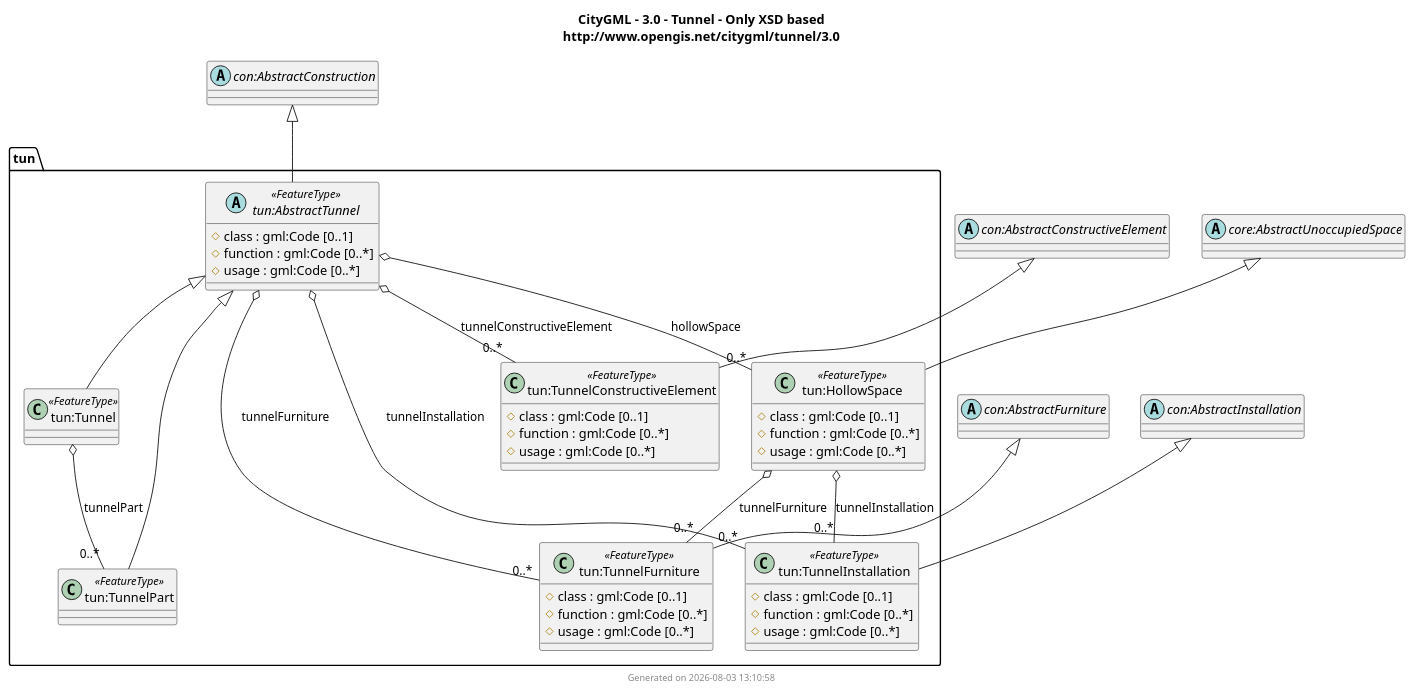
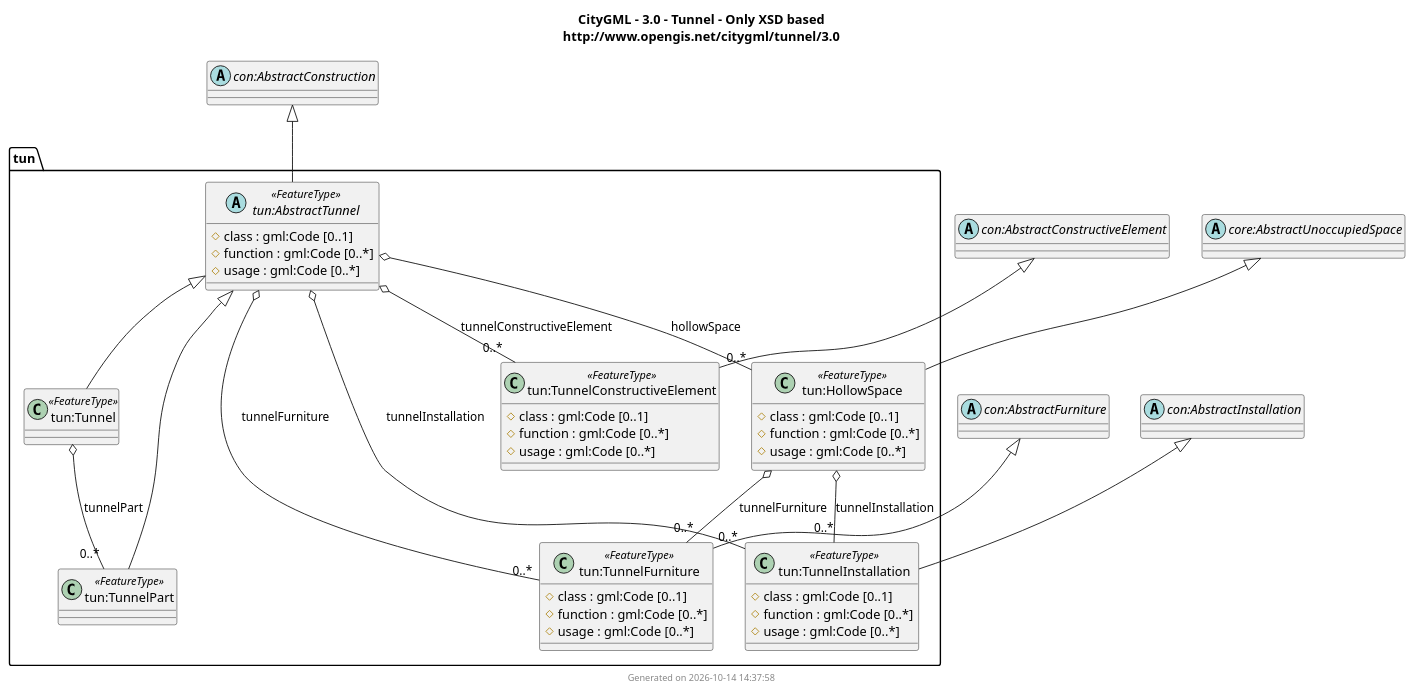
Before and after one commit to muratkendir/every-class: the diagram in docs/output/CityGML/3.0/UMLClassDiagram/tunnel.puml, drawn with PlantUML. The commit also changed 39 other files, not shown here.

First line of the commit message:
Add xAL 3.0 suite, PlantUML namespace-safe aliases, inlined combined diagrams, and step 10 compilations

```diff
--- a/docs/output/CityGML/3.0/UMLClassDiagram/tunnel.puml
+++ b/docs/output/CityGML/3.0/UMLClassDiagram/tunnel.puml
@@ -1,137 +1,137 @@
 @startuml
 title
   CityGML - 3.0 - Tunnel - Only XSD based
   http://www.opengis.net/citygml/tunnel/3.0
 end title
 
 package tun {
-abstract class "tun:ADEOfAbstractTunnel" $adeOf
-class "tun:ADEOfAbstractTunnelProperty" $property $adeOf {
+abstract class "tun:ADEOfAbstractTunnel" as tun_ADEOfAbstractTunnel $adeOf
+class "tun:ADEOfAbstractTunnelProperty" as tun_ADEOfAbstractTunnelProperty $property $adeOf {
   ADEOfAbstractTunnel : tun:ADEOfAbstractTunnel
 }
-abstract class "tun:ADEOfHollowSpace" $adeOf
-class "tun:ADEOfHollowSpaceProperty" $property $adeOf {
+abstract class "tun:ADEOfHollowSpace" as tun_ADEOfHollowSpace $adeOf
+class "tun:ADEOfHollowSpaceProperty" as tun_ADEOfHollowSpaceProperty $property $adeOf {
   ADEOfHollowSpace : tun:ADEOfHollowSpace
 }
-abstract class "tun:ADEOfTunnel" $adeOf
-class "tun:ADEOfTunnelProperty" $property $adeOf {
+abstract class "tun:ADEOfTunnel" as tun_ADEOfTunnel $adeOf
+class "tun:ADEOfTunnelProperty" as tun_ADEOfTunnelProperty $property $adeOf {
   ADEOfTunnel : tun:ADEOfTunnel
 }
-abstract class "tun:ADEOfTunnelConstructiveElement" $adeOf
-class "tun:ADEOfTunnelConstructiveElementProperty" $property $adeOf {
+abstract class "tun:ADEOfTunnelConstructiveElement" as tun_ADEOfTunnelConstructiveElement $adeOf
+class "tun:ADEOfTunnelConstructiveElementProperty" as tun_ADEOfTunnelConstructiveElementProperty $property $adeOf {
   ADEOfTunnelConstructiveElement : tun:ADEOfTunnelConstructiveElement
 }
-abstract class "tun:ADEOfTunnelFurniture" $adeOf
-class "tun:ADEOfTunnelFurnitureProperty" $property $adeOf {
+abstract class "tun:ADEOfTunnelFurniture" as tun_ADEOfTunnelFurniture $adeOf
+class "tun:ADEOfTunnelFurnitureProperty" as tun_ADEOfTunnelFurnitureProperty $property $adeOf {
   ADEOfTunnelFurniture : tun:ADEOfTunnelFurniture
 }
-abstract class "tun:ADEOfTunnelInstallation" $adeOf
-class "tun:ADEOfTunnelInstallationProperty" $property $adeOf {
+abstract class "tun:ADEOfTunnelInstallation" as tun_ADEOfTunnelInstallation $adeOf
+class "tun:ADEOfTunnelInstallationProperty" as tun_ADEOfTunnelInstallationProperty $property $adeOf {
   ADEOfTunnelInstallation : tun:ADEOfTunnelInstallation
 }
-abstract class "tun:ADEOfTunnelPart" $adeOf
-class "tun:ADEOfTunnelPartProperty" $property $adeOf {
+abstract class "tun:ADEOfTunnelPart" as tun_ADEOfTunnelPart $adeOf
+class "tun:ADEOfTunnelPartProperty" as tun_ADEOfTunnelPartProperty $property $adeOf {
   ADEOfTunnelPart : tun:ADEOfTunnelPart
 }
-abstract class "tun:AbstractTunnel" <<FeatureType>> {
+abstract class "tun:AbstractTunnel" as tun_AbstractTunnel <<FeatureType>> {
   # class : gml:Code [0..1]
   # function : gml:Code [0..*]
   # usage : gml:Code [0..*]
   ~ adeOfAbstractTunnel : tun:ADEOfAbstractTunnel [0..*]
 }
-class "tun:AbstractTunnelProperty" $property {
+class "tun:AbstractTunnelProperty" as tun_AbstractTunnelProperty $property {
   AbstractTunnel : tun:AbstractTunnel
 }
-class "tun:HollowSpace" <<FeatureType>> {
+class "tun:HollowSpace" as tun_HollowSpace <<FeatureType>> {
   # class : gml:Code [0..1]
   # function : gml:Code [0..*]
   # usage : gml:Code [0..*]
   ~ adeOfHollowSpace : tun:ADEOfHollowSpace [0..*]
 }
-class "tun:HollowSpaceProperty" $property {
+class "tun:HollowSpaceProperty" as tun_HollowSpaceProperty $property {
   HollowSpace : tun:HollowSpace
 }
-class "tun:Tunnel" <<FeatureType>> {
+class "tun:Tunnel" as tun_Tunnel <<FeatureType>> {
   ~ adeOfTunnel : tun:ADEOfTunnel [0..*]
 }
-class "tun:TunnelProperty" $property {
+class "tun:TunnelProperty" as tun_TunnelProperty $property {
   Tunnel : tun:Tunnel
 }
-class "tun:TunnelConstructiveElement" <<FeatureType>> {
+class "tun:TunnelConstructiveElement" as tun_TunnelConstructiveElement <<FeatureType>> {
   # class : gml:Code [0..1]
   # function : gml:Code [0..*]
   # usage : gml:Code [0..*]
   ~ adeOfTunnelConstructiveElement : tun:ADEOfTunnelConstructiveElement [0..*]
 }
-class "tun:TunnelConstructiveElementProperty" $property {
+class "tun:TunnelConstructiveElementProperty" as tun_TunnelConstructiveElementProperty $property {
   TunnelConstructiveElement : tun:TunnelConstructiveElement
 }
-class "tun:TunnelFurniture" <<FeatureType>> {
+class "tun:TunnelFurniture" as tun_TunnelFurniture <<FeatureType>> {
   # class : gml:Code [0..1]
   # function : gml:Code [0..*]
   # usage : gml:Code [0..*]
   ~ adeOfTunnelFurniture : tun:ADEOfTunnelFurniture [0..*]
 }
-class "tun:TunnelFurnitureProperty" $property {
+class "tun:TunnelFurnitureProperty" as tun_TunnelFurnitureProperty $property {
   TunnelFurniture : tun:TunnelFurniture
 }
-class "tun:TunnelInstallation" <<FeatureType>> {
+class "tun:TunnelInstallation" as tun_TunnelInstallation <<FeatureType>> {
   # class : gml:Code [0..1]
   # function : gml:Code [0..*]
   # usage : gml:Code [0..*]
   ~ adeOfTunnelInstallation : tun:ADEOfTunnelInstallation [0..*]
 }
-class "tun:TunnelInstallationProperty" $property {
+class "tun:TunnelInstallationProperty" as tun_TunnelInstallationProperty $property {
   TunnelInstallation : tun:TunnelInstallation
 }
-class "tun:TunnelPart" <<FeatureType>> {
+class "tun:TunnelPart" as tun_TunnelPart <<FeatureType>> {
   ~ adeOfTunnelPart : tun:ADEOfTunnelPart [0..*]
 }
-class "tun:TunnelPartProperty" $property {
+class "tun:TunnelPartProperty" as tun_TunnelPartProperty $property {
   TunnelPart : tun:TunnelPart
 }
 }
 
 ' External types (unresolved namespaces)
-abstract class "con:AbstractConstruction"
-abstract class "con:AbstractConstructiveElement"
-abstract class "con:AbstractFurniture"
-abstract class "con:AbstractInstallation"
-abstract class "core:AbstractUnoccupiedSpace"
+abstract class "con:AbstractConstruction" as con_AbstractConstruction
+abstract class "con:AbstractConstructiveElement" as con_AbstractConstructiveElement
+abstract class "con:AbstractFurniture" as con_AbstractFurniture
+abstract class "con:AbstractInstallation" as con_AbstractInstallation
+abstract class "core:AbstractUnoccupiedSpace" as core_AbstractUnoccupiedSpace
 
-"con:AbstractConstruction" <|-- "tun:AbstractTunnel"
-"core:AbstractUnoccupiedSpace" <|-- "tun:HollowSpace"
-"tun:AbstractTunnel" <|-- "tun:Tunnel"
-"con:AbstractConstructiveElement" <|-- "tun:TunnelConstructiveElement"
-"con:AbstractFurniture" <|-- "tun:TunnelFurniture"
-"con:AbstractInstallation" <|-- "tun:TunnelInstallation"
-"tun:AbstractTunnel" <|-- "tun:TunnelPart"
+"con_AbstractConstruction" <|-- "tun_AbstractTunnel"
+"core_AbstractUnoccupiedSpace" <|-- "tun_HollowSpace"
+"tun_AbstractTunnel" <|-- "tun_Tunnel"
+"con_AbstractConstructiveElement" <|-- "tun_TunnelConstructiveElement"
+"con_AbstractFurniture" <|-- "tun_TunnelFurniture"
+"con_AbstractInstallation" <|-- "tun_TunnelInstallation"
+"tun_AbstractTunnel" <|-- "tun_TunnelPart"
 
 ' Class relations (promoted from property wrappers)
-"tun:AbstractTunnel" o-- "0..*" "tun:TunnelConstructiveElement" : tunnelConstructiveElement
-"tun:AbstractTunnel" o-- "0..*" "tun:TunnelInstallation" : tunnelInstallation
-"tun:AbstractTunnel" o-- "0..*" "tun:HollowSpace" : hollowSpace
-"tun:AbstractTunnel" o-- "0..*" "tun:TunnelFurniture" : tunnelFurniture
-"tun:HollowSpace" o-- "0..*" "tun:TunnelFurniture" : tunnelFurniture
-"tun:HollowSpace" o-- "0..*" "tun:TunnelInstallation" : tunnelInstallation
-"tun:Tunnel" o-- "0..*" "tun:TunnelPart" : tunnelPart
+"tun_AbstractTunnel" o-- "0..*" "tun_TunnelConstructiveElement" : tunnelConstructiveElement
+"tun_AbstractTunnel" o-- "0..*" "tun_TunnelInstallation" : tunnelInstallation
+"tun_AbstractTunnel" o-- "0..*" "tun_HollowSpace" : hollowSpace
+"tun_AbstractTunnel" o-- "0..*" "tun_TunnelFurniture" : tunnelFurniture
+"tun_HollowSpace" o-- "0..*" "tun_TunnelFurniture" : tunnelFurniture
+"tun_HollowSpace" o-- "0..*" "tun_TunnelInstallation" : tunnelInstallation
+"tun_Tunnel" o-- "0..*" "tun_TunnelPart" : tunnelPart
 
 ' ADE hook classes are removed from rendering by default;
 ' remove the next line to show them.
 remove $adeOf
 
 ' Property pseudo-classes are removed from rendering by default;
 ' remove the next line to show them.
 remove $property
 
 ' ADE hook attributes are marked as package members (~ ) and
 ' hidden from rendering by default; remove the next line to show them.
 hide package members
 
 ' Attributes with value types from other namespaces are marked as
 ' protected members (# ) and shown by default; uncomment the next
 ' line to hide them.
 ' hide protected members
 
-footer Generated on 2026-08-03 13:10:58
+footer Generated on 2026-10-14 14:37:58
 @enduml
```
